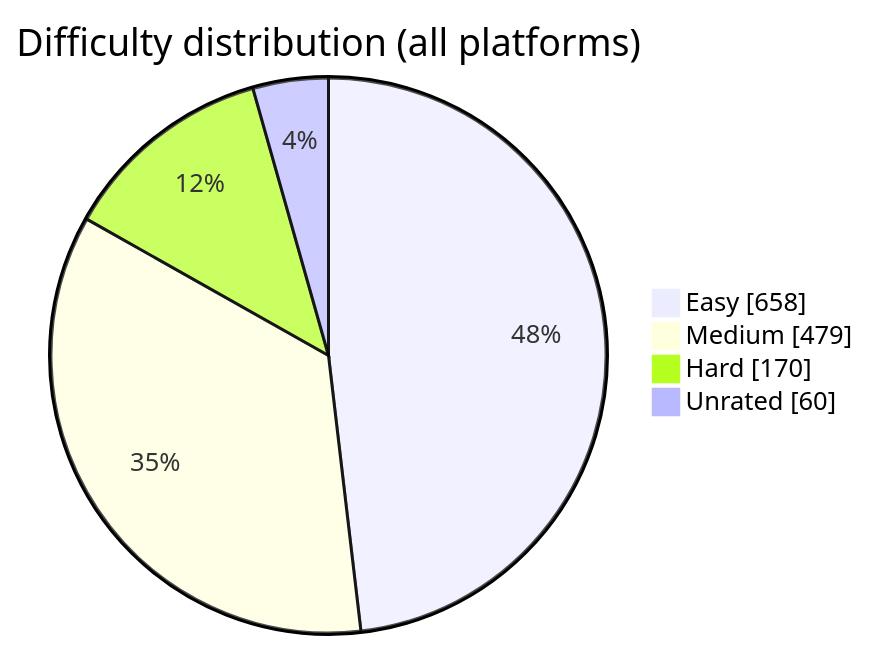
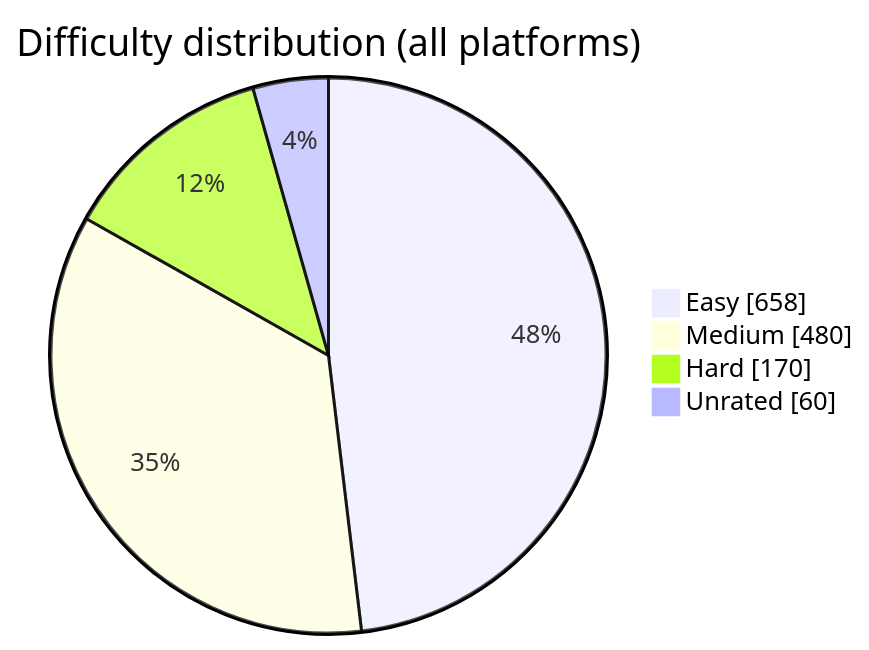
The diagram in README.md (BuildbyArindam/Daily-Coding-Log), drawn with Mermaid before and after one commit. The commit also changed other lines of this file, not shown here.

````diff
--- a/README.md
+++ b/README.md
@@ -93,7 +93,7 @@
 ```mermaid
 pie showData title Difficulty distribution (all platforms)
     "Easy" : 658
-    "Medium" : 479
+    "Medium" : 480
     "Hard" : 170
     "Unrated" : 60
 ```
````
